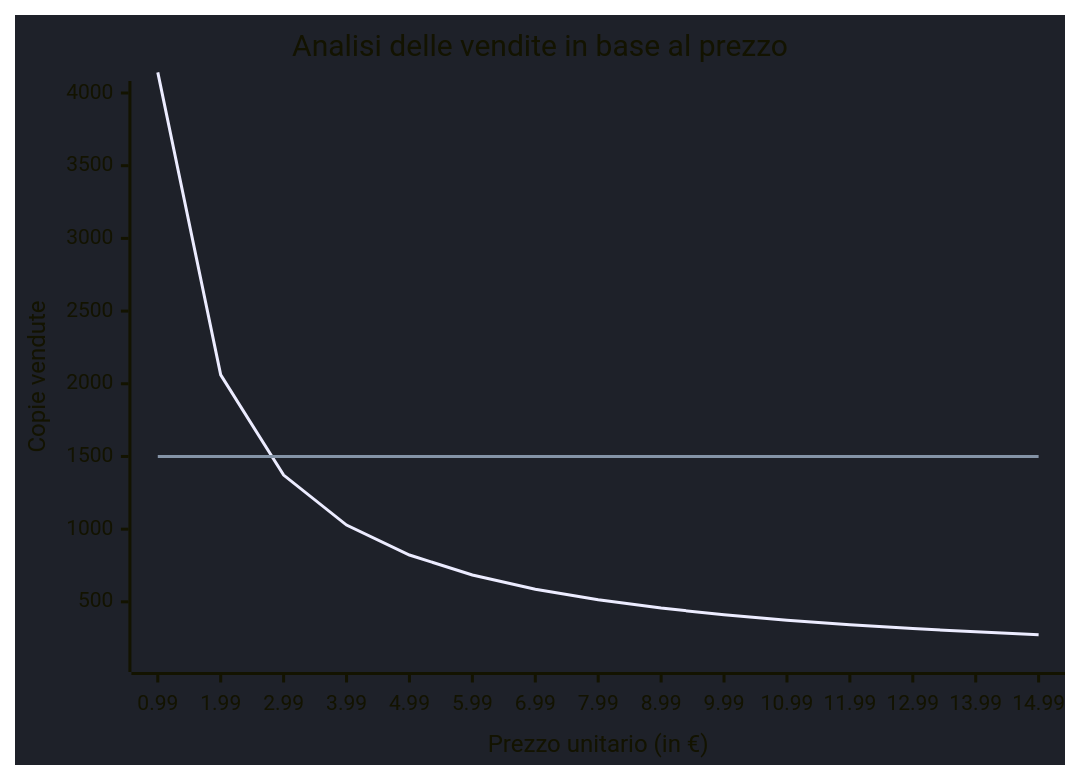
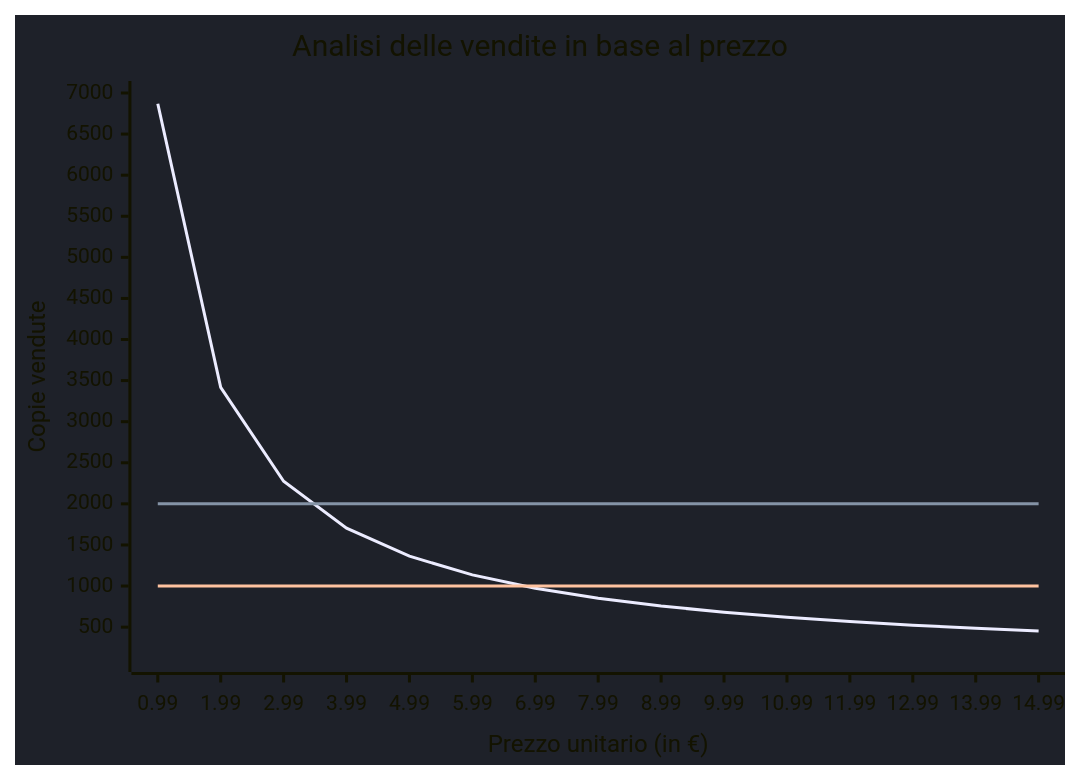
One commit to FilippoGurioli/super-chasm-hunter-pm changed the diagram in docs/Allegati/3 - Analisi Finanziaria.md. Above: the diagram before and after it, drawn with Mermaid. The commit also changed other lines of this file, not shown here.

````diff
--- a/docs/Allegati/3 - Analisi Finanziaria.md
+++ b/docs/Allegati/3 - Analisi Finanziaria.md
@@ -23,14 +31,15 @@
 ```mermaid
 ---
 config:
     themeVariables:
         xyChart:
             backgroundColor: "#1E2129"
 ---
 xychart-beta
     title "Analisi delle vendite in base al prezzo"
     x-axis "Prezzo unitario (in €)" [0.99,1.99,2.99,3.99,4.99,5.99,6.99,7.99,8.99,9.99,10.99,11.99,12.99,13.99,14.99]
-    y-axis "Copie vendute" 100 --> 4000
-    line [4142,2061,1372,1028,822,685,587,514,457,411,374,342,316,294,274,257,242,228]
-    line [1500,1500,1500,1500,1500,1500,1500,1500,1500,1500,1500,1500,1500,1500,1500]
+    y-axis "Copie vendute" 100 --> 7000
+    line [6869,3418,2275,1705,1363,1136,973,852,757,681,619,568,524,487,454,426,401]
+    line [2000,2000,2000,2000,2000,2000,2000,2000,2000,2000,2000,2000,2000,2000,2000]
+    line [1000,1000,1000,1000,1000,1000,1000,1000,1000,1000,1000,1000,1000,1000,1000]
 ```
````
